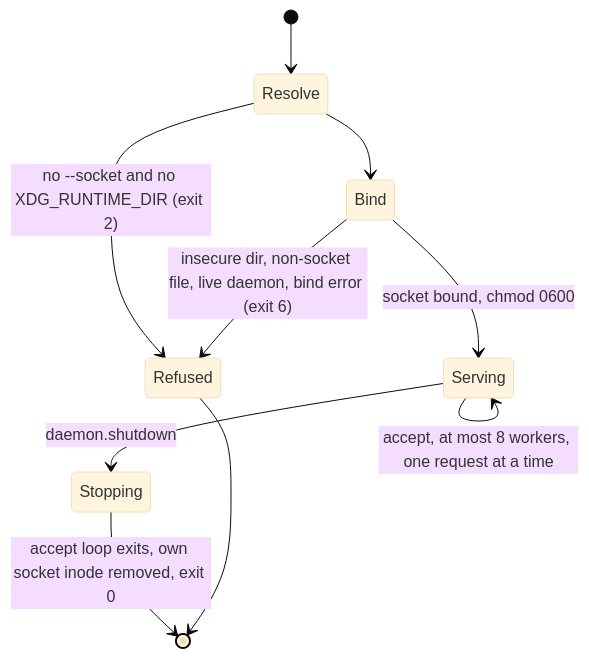
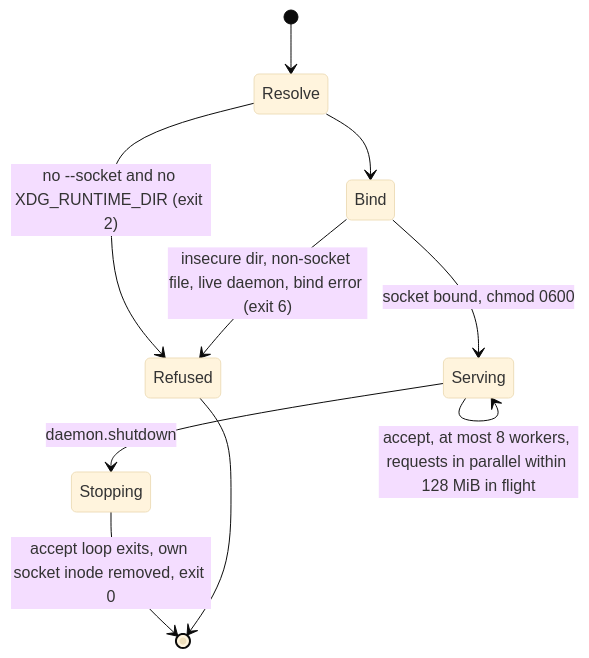
One commit to Louranicas/deep-diff-forge changed the first of 2 diagrams in docs/OPERATIONS_AND_DAEMON.md. Above: the diagram before and after it, drawn with Mermaid (base theme). The commit also changed other lines of this file and 10 other files, not shown here.

````diff
--- a/docs/OPERATIONS_AND_DAEMON.md
+++ b/docs/OPERATIONS_AND_DAEMON.md
@@ -65,12 +66,12 @@
 ```mermaid
 stateDiagram-v2
     [*] --> Resolve
     Resolve --> Refused: no --socket and no XDG_RUNTIME_DIR (exit 2)
     Resolve --> Bind
     Bind --> Refused: insecure dir, non-socket file, live daemon, bind error (exit 6)
     Bind --> Serving: socket bound, chmod 0600
-    Serving --> Serving: accept, at most 8 workers, one request at a time
+    Serving --> Serving: accept, at most 8 workers, requests in parallel within 128 MiB in flight
     Serving --> Stopping: daemon.shutdown
     Stopping --> [*]: accept loop exits, own socket inode removed, exit 0
     Refused --> [*]
 ```
````
